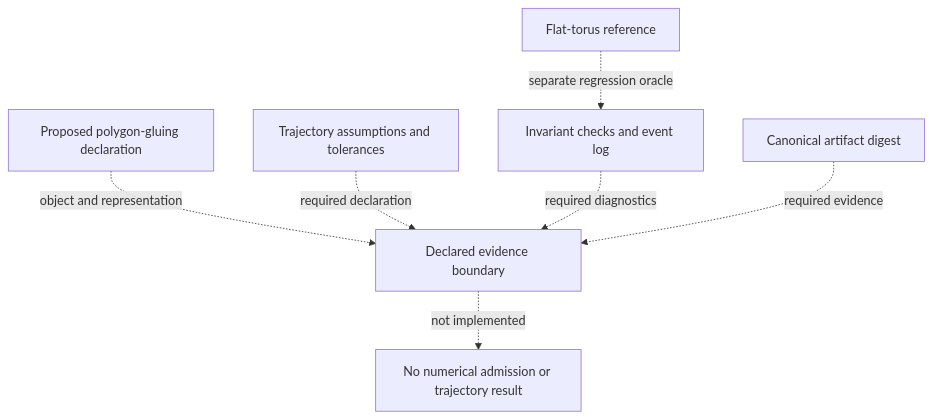
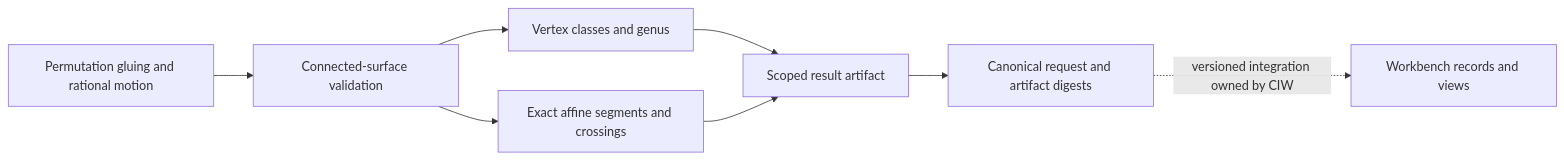
One commit to giasonpooni/Engineering-Design-Workbench changed the diagram in docs/STACK_ROLE.md. Above: the diagram before and after it, drawn with Mermaid. The commit also changed other lines of this file and 17 other files, not shown here.

Commit message:
Implement exact rational square-tiled flows and explicit trajectory stops

````diff
--- a/docs/STACK_ROLE.md
+++ b/docs/STACK_ROLE.md
@@ -19,9 +22,10 @@
 ```mermaid
-flowchart TD
-I["Proposed polygon-gluing declaration"] -. "object and representation" .-> E["Declared evidence boundary"]
-  A["Trajectory assumptions and tolerances"] -. "required declaration" .-> E
-  D["Invariant checks and event log"] -. "required diagnostics" .-> E
-  H["Canonical artifact digest"] -. "required evidence" .-> E
-  F["Flat-torus reference"] -. "separate regression oracle" .-> D
-  E -. "not implemented" .-> N["No numerical admission or trajectory result"]
+flowchart LR
+  I["Permutation gluing and rational motion"] --> V["Connected-surface validation"]
+  V --> T["Vertex classes and genus"]
+  V --> F["Exact affine segments and crossings"]
+  T --> R["Scoped result artifact"]
+  F --> R
+  R --> H["Canonical request and artifact digests"]
+  H -. "versioned integration owned by CIW" .-> W["Workbench records and views"]
 ```
````
